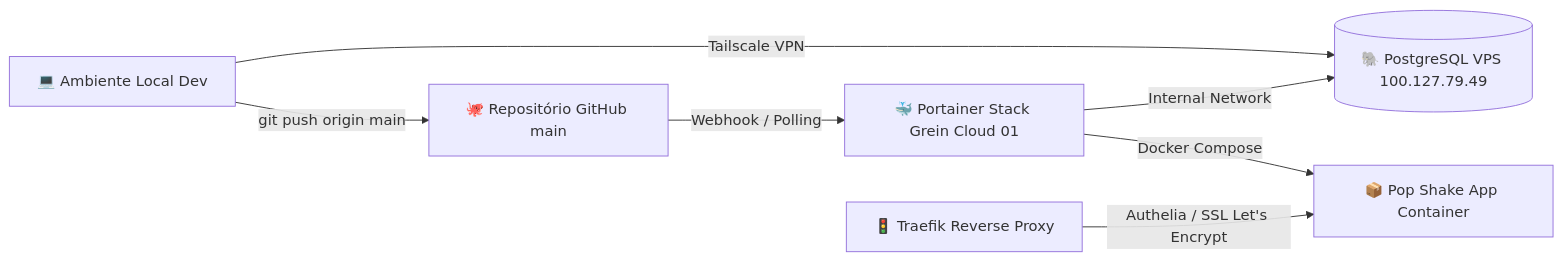
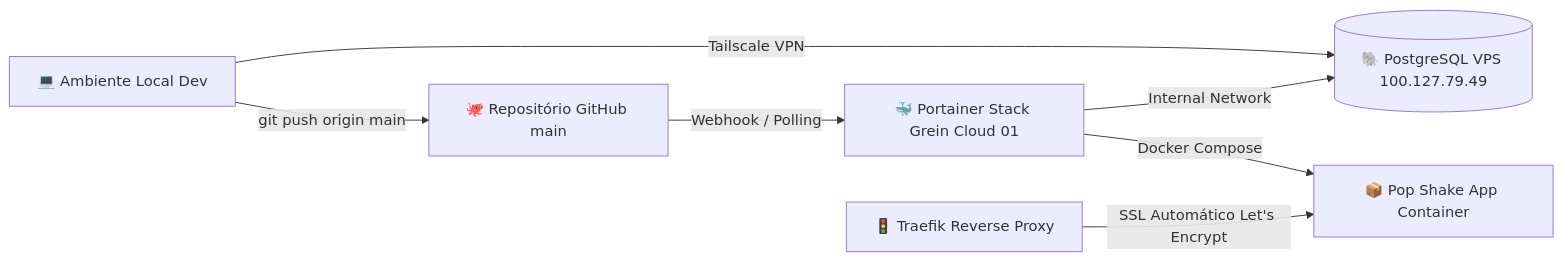
One commit to WiltonGabriel/PopClub changed the diagram in GITOPS.md. Above: the diagram before and after it, drawn with Mermaid. The commit also changed other lines of this file and 3 other files, not shown here.

Commit message:
feat(infra): remove Authelia middleware and router split in favor of direct Traefik ingress

````diff
--- a/GITOPS.md
+++ b/GITOPS.md
@@ -11,9 +11,9 @@
 ```mermaid
 graph LR
     Dev[💻 Ambiente Local Dev] -->|Tailscale VPN| RemoteDB[(🐘 PostgreSQL VPS 100.127.79.49)]
     Dev -->|git push origin main| GitHub[🐙 Repositório GitHub main]
     GitHub -->|Webhook / Polling| Portainer[🐳 Portainer Stack Grein Cloud 01]
     Portainer -->|Docker Compose| App[📦 Pop Shake App Container]
     Portainer -->|Internal Network| RemoteDB
-    Traefik[🚦 Traefik Reverse Proxy] -->|Authelia / SSL Let's Encrypt| App
+    Traefik[🚦 Traefik Reverse Proxy] -->|SSL Automático Let's Encrypt| App
 ```
````
